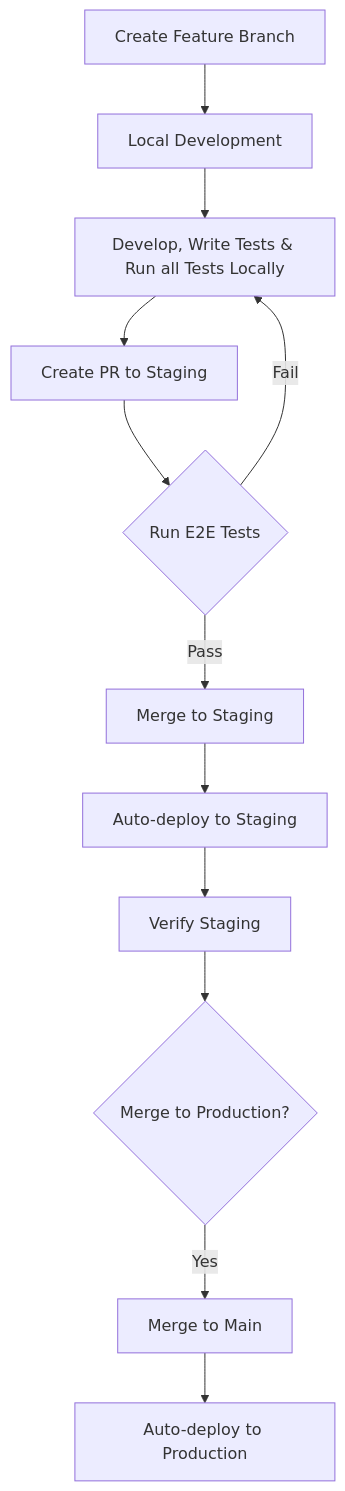
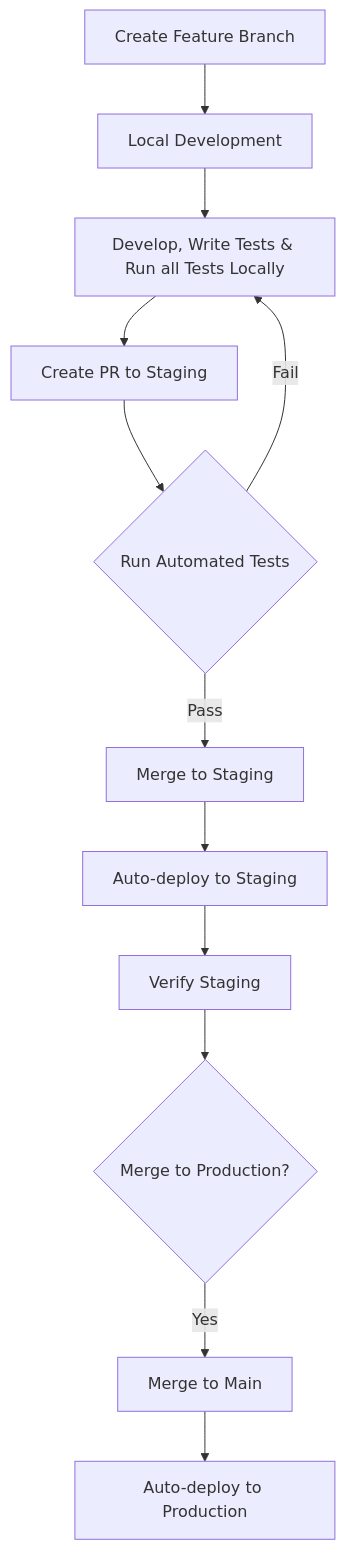
Before and after one commit to tao101/Self-Hosted-Next.js-Supabase-Fullstack-Starter-Template: the third of 5 diagrams in architecture.md, drawn with Mermaid.

Commit message:
Update development workflow diagram to use "Automated Tests"
- Replace "E2E Tests" with more generic "Automated Tests" label
- Maintain existing workflow structure and progression

````diff
--- a/architecture.md
+++ b/architecture.md
@@ -99,14 +99,14 @@
 ```mermaid
 graph TD
     A[Create Feature Branch] --> B[Local Development]
     B --> C[Develop, Write Tests & Run all Tests Locally]
     C --> D[Create PR to Staging]
-    D --> E{Run E2E Tests}
+    D --> E{Run Automated Tests}
     E -->|Pass| F[Merge to Staging]
     E -->|Fail| C
     F --> G[Auto-deploy to Staging]
     G --> H[Verify Staging]
     H --> I{Merge to Production?}
     I -->|Yes| J[Merge to Main]
     J --> K[Auto-deploy to Production]
 ```
````
